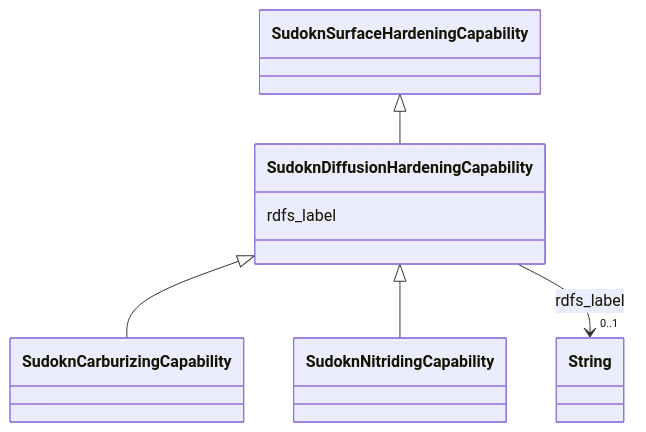
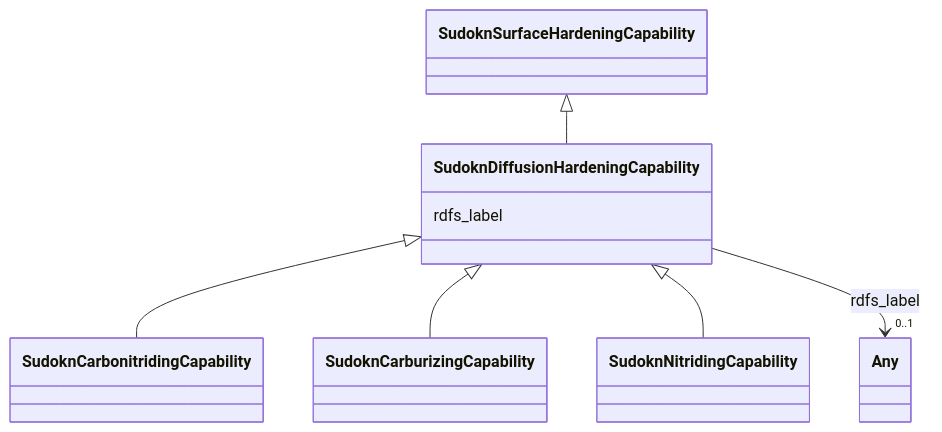
The diagram in sudokn-kg/classes/SudoknDiffusionHardeningCapability.md (frink-okn/graph-descriptions), drawn with Mermaid before and after one commit. The commit also changed other lines of this file and 903 other files, not shown here.

````diff
--- a/sudokn-kg/classes/SudoknDiffusionHardeningCapability.md
+++ b/sudokn-kg/classes/SudoknDiffusionHardeningCapability.md
@@ -23,25 +16,27 @@
 ```mermaid
  classDiagram
     class SudoknDiffusionHardeningCapability
     click SudoknDiffusionHardeningCapability href "../SudoknDiffusionHardeningCapability"
       SudoknSurfaceHardeningCapability <|-- SudoknDiffusionHardeningCapability
         click SudoknSurfaceHardeningCapability href "../SudoknSurfaceHardeningCapability"
       
 
+      SudoknDiffusionHardeningCapability <|-- SudoknCarbonitridingCapability
+        click SudoknCarbonitridingCapability href "../SudoknCarbonitridingCapability"
       SudoknDiffusionHardeningCapability <|-- SudoknCarburizingCapability
         click SudoknCarburizingCapability href "../SudoknCarburizingCapability"
       SudoknDiffusionHardeningCapability <|-- SudoknNitridingCapability
         click SudoknNitridingCapability href "../SudoknNitridingCapability"
       
       
       SudoknDiffusionHardeningCapability : rdfs_label
         
           
     
     
-    SudoknDiffusionHardeningCapability --> "0..1" String : rdfs_label
-    click String href "../String"
+    SudoknDiffusionHardeningCapability --> "0..1" Any : rdfs_label
+    click Any href "../Any"
 
         
       
 ```
````
